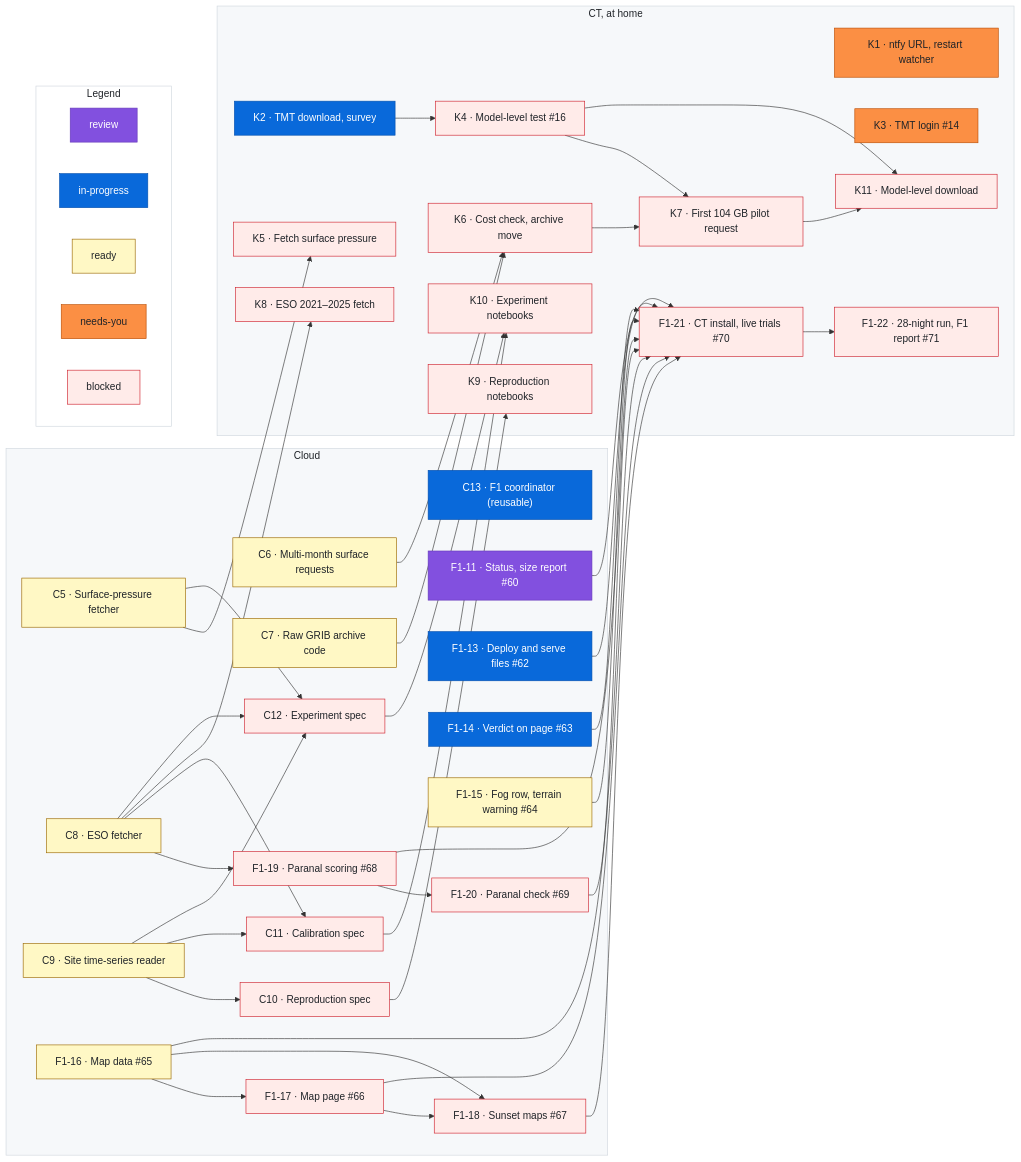
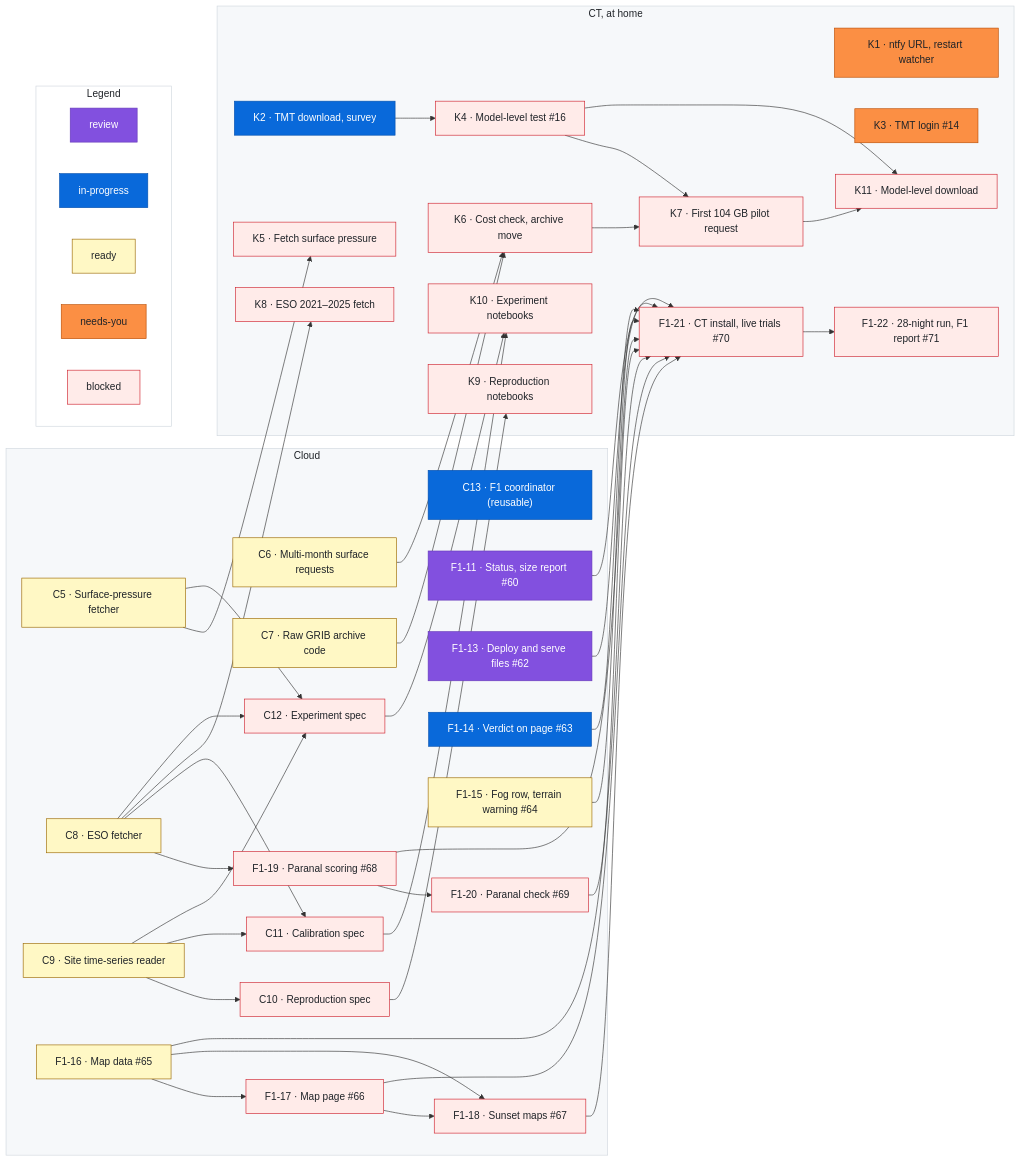
The diagram in docs/roadmap.md (rrweller/Astro-seeing), drawn with Mermaid before and after one commit. The commit also changed other lines of this file, not shown here.

Commit message:
roadmap: F1-13 in-progress → review

```diff
--- a/docs/roadmap.md
+++ b/docs/roadmap.md
@@ -189,7 +189,7 @@
   %% ---
   class F1_11 review
   %% ---
-  class F1_13 inprogress
+  class F1_13 review
   %% ---
   class F1_14 inprogress
   %% ---
```
